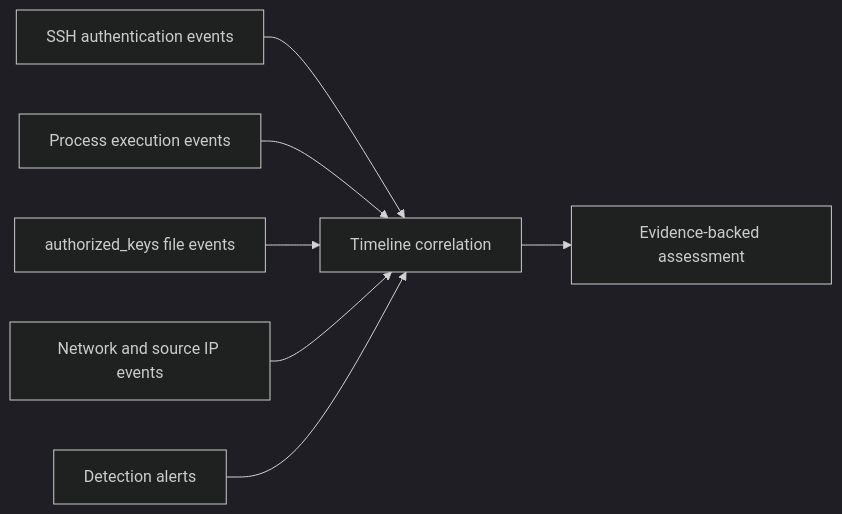
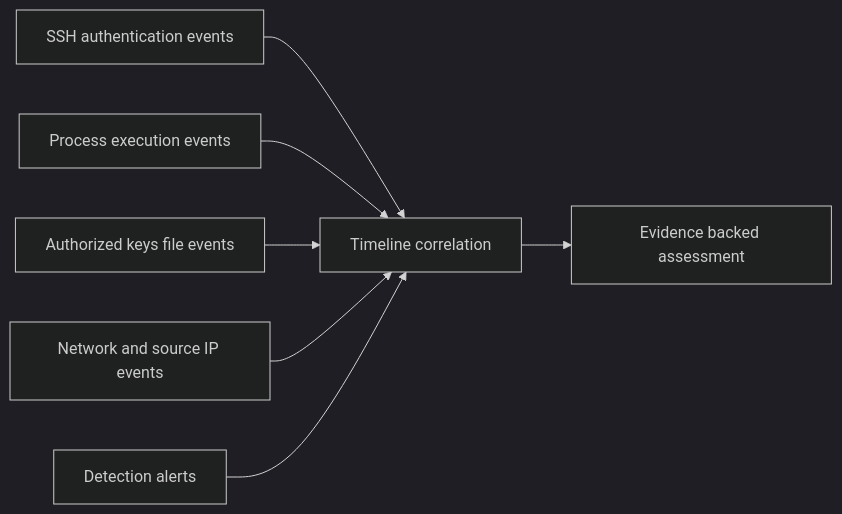
The seventh of 10 diagrams in 02-scenario/README.md (KdMenon007/CatchMe-SOC-Project-01), drawn with Mermaid (dark theme) before and after one commit. The commit also changed other lines of this file, not shown here.

````diff
--- a/02-scenario/README.md
+++ b/02-scenario/README.md
@@ -377,9 +377,9 @@
 ```mermaid
 flowchart LR
-    A["SSH authentication events"] --> T["Timeline correlation"]
-    B["Process execution events"] --> T
-    C["authorized_keys file events"] --> T
-    D["Network and source IP events"] --> T
-    E["Detection alerts"] --> T
-    T --> F["Evidence-backed assessment"]
+    A[SSH authentication events] --> T[Timeline correlation]
+    B[Process execution events] --> T
+    C[Authorized keys file events] --> T
+    D[Network and source IP events] --> T
+    E[Detection alerts] --> T
+    T --> F[Evidence backed assessment]
 ```
````
